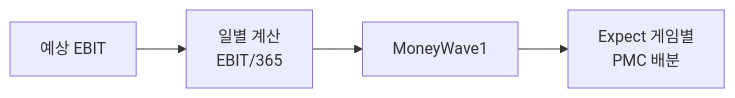
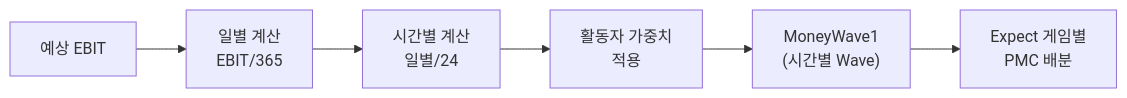
Before and after one commit to positivemultiplier/posmul: the seventh of 10 diagrams in docs/init/economic_system_architecture.md, drawn with Mermaid. The commit also changed other lines of this file, not shown here.

Commit message:
docs: MoneyWave1 시간별 배분으로 수정 - 24시간 단위로 세분화 - 활동자 수 가중치 적용

````diff
--- a/docs/init/economic_system_architecture.md
+++ b/docs/init/economic_system_architecture.md
@@ -256,6 +256,8 @@
 ```mermaid
 flowchart LR
-    EBIT["예상 EBIT"] --> CALC["일별 계산<br/>EBIT/365"]
-    CALC --> MWAVE["MoneyWave1"]
+    EBIT["예상 EBIT"] --> DAILY["일별 계산<br/>EBIT/365"]
+    DAILY --> HOURLY["시간별 계산<br/>일별/24"]
+    HOURLY --> WEIGHT["활동자 가중치<br/>적용"]
+    WEIGHT --> MWAVE["MoneyWave1<br/>(시간별 Wave)"]
     MWAVE --> EXP["Expect 게임별<br/>PMC 배분"]
 ```
````
